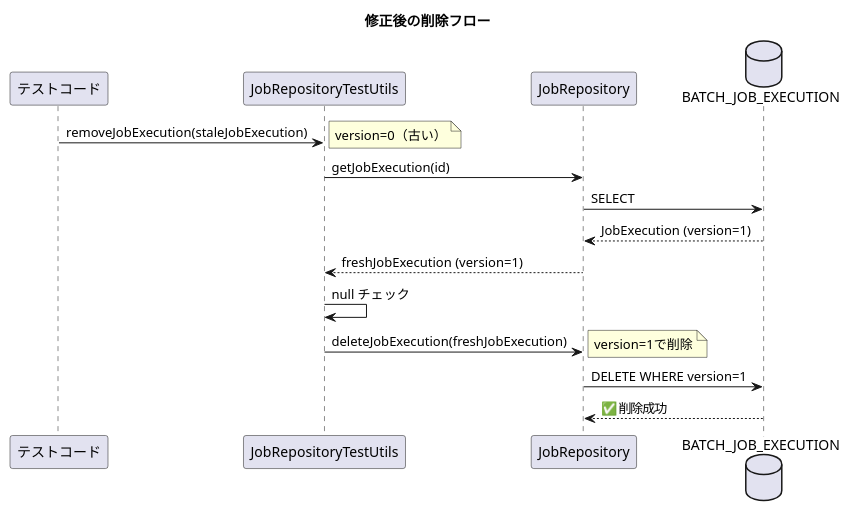
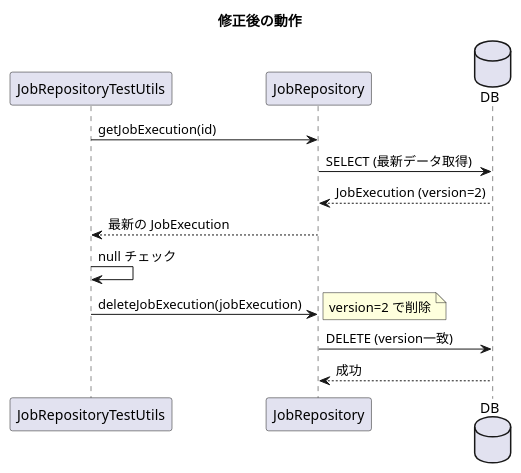
Before and after one commit to mochimoching/github_issue_translate: the second of 2 diagrams in output/spring-batch/6.0.2/all/current/markdown/issues_summary/issue_5161.md, drawn with PlantUML. The commit also changed other lines of this file and 63 other files, not shown here.

````diff
--- a/output/spring-batch/6.0.2/all/current/markdown/issues_summary/issue_5161.md
+++ b/output/spring-batch/6.0.2/all/current/markdown/issues_summary/issue_5161.md
@@ -92,25 +88,22 @@
 ```plantuml
 @startuml
-title 修正後の削除フロー
+title 修正後の動作
 
-participant "テストコード" as Test
 participant "JobRepositoryTestUtils" as Utils
 participant "JobRepository" as Repo
-database "BATCH_JOB_EXECUTION" as DB
-
-Test -> Utils: removeJobExecution(staleJobExecution)
-note right: version=0（古い）
+database "DB" as DB
 
 Utils -> Repo: getJobExecution(id)
-Repo -> DB: SELECT
-DB --> Repo: JobExecution (version=1)
-Repo --> Utils: freshJobExecution (version=1)
+Repo -> DB: SELECT (最新データ取得)
+DB --> Repo: JobExecution (version=2)
+Repo --> Utils: 最新の JobExecution
 
 Utils -> Utils: null チェック
-Utils -> Repo: deleteJobExecution(freshJobExecution)
-note right: version=1で削除
-Repo -> DB: DELETE WHERE version=1
-DB --> Repo: ✅ 削除成功
+
+Utils -> Repo: deleteJobExecution(jobExecution)
+note right: version=2 で削除
+Repo -> DB: DELETE (version一致)
+DB --> Repo: 成功
 
 @enduml
 ```
````
